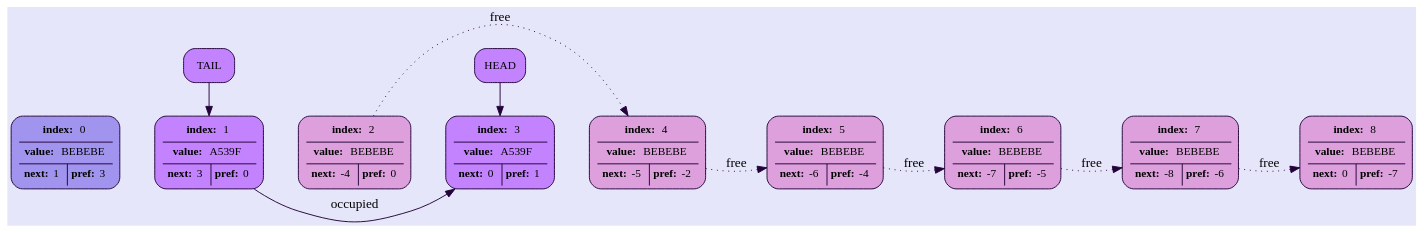
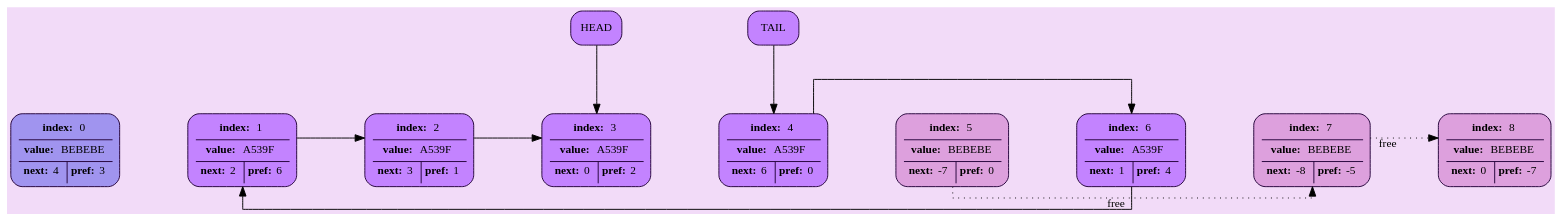
One commit to yahdranik/D-Linked_List changed the diagram in Doubly_Linked_List/list.dot. Above: the diagram before and after it, drawn with Graphviz. The commit also changed 9 other files, not shown here.

```diff
--- a/Doubly_Linked_List/list.dot
+++ b/Doubly_Linked_List/list.dot
@@ -1,122 +1,127 @@
 /* Auto generate code */
 
 digraph G {
 rankdir=LR;
-bgcolor="#E6E6FA";
+bgcolor="#f2dbf8";
+splines=ortho;
+forcelabels=true;
+nodesep=1.;
+ranksep=1.;
+forcelabels=true;
 node [fontsize=12, shape=box, style="filled, rounded", color="#23033a", fontname="Georgia"];
-edge[color="#23033a"];
+edge [labelfloat=false, labelangle=25, labeldistance=2.5];
 
 n0 [fillcolor="#a094ef", label=<<table border="0" cellborder="0" cellspacing="0" cellpadding="4">
 <tr>
   <td colspan="2" border="1" sides="b"><b>index:</b> 0</td>
 </tr>
 <tr>
   <td colspan="2" border="1" sides="b"><b>value:</b> BEBEBE</td>
 </tr>
-<tr>  <td border="1" sides="r"><b>next:</b> 1</td>
+<tr>  <td border="1" sides="r"><b>next:</b> 4</td>
   <td><b>pref:</b> 3</td>
 </tr>
 </table>>];
 n1 [fillcolor="#c383ff", label=<<table border="0" cellborder="0" cellspacing="0" cellpadding="4">
 <tr>
   <td colspan="2" border="1" sides="b"><b>index:</b> 1</td>
 </tr>
 <tr>
   <td colspan="2" border="1" sides="b"><b>value:</b> A539F</td>
 </tr>
-<tr>  <td border="1" sides="r"><b>next:</b> 3</td>
-  <td><b>pref:</b> 0</td>
+<tr>  <td border="1" sides="r"><b>next:</b> 2</td>
+  <td><b>pref:</b> 6</td>
 </tr>
 </table>>];
-n2 [fillcolor="#DDA0DD", label=<<table border="0" cellborder="0" cellspacing="0" cellpadding="4">
+n2 [fillcolor="#c383ff", label=<<table border="0" cellborder="0" cellspacing="0" cellpadding="4">
 <tr>
   <td colspan="2" border="1" sides="b"><b>index:</b> 2</td>
 </tr>
 <tr>
-  <td colspan="2" border="1" sides="b"><b>value:</b> BEBEBE</td>
+  <td colspan="2" border="1" sides="b"><b>value:</b> A539F</td>
 </tr>
-<tr>  <td border="1" sides="r"><b>next:</b> -4</td>
-  <td><b>pref:</b> 0</td>
+<tr>  <td border="1" sides="r"><b>next:</b> 3</td>
+  <td><b>pref:</b> 1</td>
 </tr>
 </table>>];
 n3 [fillcolor="#c383ff", label=<<table border="0" cellborder="0" cellspacing="0" cellpadding="4">
 <tr>
   <td colspan="2" border="1" sides="b"><b>index:</b> 3</td>
 </tr>
 <tr>
   <td colspan="2" border="1" sides="b"><b>value:</b> A539F</td>
 </tr>
 <tr>  <td border="1" sides="r"><b>next:</b> 0</td>
-  <td><b>pref:</b> 1</td>
+  <td><b>pref:</b> 2</td>
 </tr>
 </table>>];
-n4 [fillcolor="#DDA0DD", label=<<table border="0" cellborder="0" cellspacing="0" cellpadding="4">
+n4 [fillcolor="#c383ff", label=<<table border="0" cellborder="0" cellspacing="0" cellpadding="4">
 <tr>
   <td colspan="2" border="1" sides="b"><b>index:</b> 4</td>
 </tr>
 <tr>
-  <td colspan="2" border="1" sides="b"><b>value:</b> BEBEBE</td>
+  <td colspan="2" border="1" sides="b"><b>value:</b> A539F</td>
 </tr>
-<tr>  <td border="1" sides="r"><b>next:</b> -5</td>
-  <td><b>pref:</b> -2</td>
+<tr>  <td border="1" sides="r"><b>next:</b> 6</td>
+  <td><b>pref:</b> 0</td>
 </tr>
 </table>>];
 n5 [fillcolor="#DDA0DD", label=<<table border="0" cellborder="0" cellspacing="0" cellpadding="4">
 <tr>
   <td colspan="2" border="1" sides="b"><b>index:</b> 5</td>
 </tr>
 <tr>
   <td colspan="2" border="1" sides="b"><b>value:</b> BEBEBE</td>
 </tr>
-<tr>  <td border="1" sides="r"><b>next:</b> -6</td>
-  <td><b>pref:</b> -4</td>
+<tr>  <td border="1" sides="r"><b>next:</b> -7</td>
+  <td><b>pref:</b> 0</td>
 </tr>
 </table>>];
-n6 [fillcolor="#DDA0DD", label=<<table border="0" cellborder="0" cellspacing="0" cellpadding="4">
+n6 [fillcolor="#c383ff", label=<<table border="0" cellborder="0" cellspacing="0" cellpadding="4">
 <tr>
   <td colspan="2" border="1" sides="b"><b>index:</b> 6</td>
 </tr>
 <tr>
-  <td colspan="2" border="1" sides="b"><b>value:</b> BEBEBE</td>
+  <td colspan="2" border="1" sides="b"><b>value:</b> A539F</td>
 </tr>
-<tr>  <td border="1" sides="r"><b>next:</b> -7</td>
-  <td><b>pref:</b> -5</td>
+<tr>  <td border="1" sides="r"><b>next:</b> 1</td>
+  <td><b>pref:</b> 4</td>
 </tr>
 </table>>];
 n7 [fillcolor="#DDA0DD", label=<<table border="0" cellborder="0" cellspacing="0" cellpadding="4">
 <tr>
   <td colspan="2" border="1" sides="b"><b>index:</b> 7</td>
 </tr>
 <tr>
   <td colspan="2" border="1" sides="b"><b>value:</b> BEBEBE</td>
 </tr>
 <tr>  <td border="1" sides="r"><b>next:</b> -8</td>
-  <td><b>pref:</b> -6</td>
+  <td><b>pref:</b> -5</td>
 </tr>
 </table>>];
 n8 [fillcolor="#DDA0DD", label=<<table border="0" cellborder="0" cellspacing="0" cellpadding="4">
 <tr>
   <td colspan="2" border="1" sides="b"><b>index:</b> 8</td>
 </tr>
 <tr>
   <td colspan="2" border="1" sides="b"><b>value:</b> BEBEBE</td>
 </tr>
 <tr>  <td border="1" sides="r"><b>next:</b> 0</td>
   <td><b>pref:</b> -7</td>
 </tr>
 </table>>];
 
 n0 -> n1 -> n2 -> n3 -> n4 -> n5 -> n6 -> n7 -> n8 [style=invis, penwidth = 1];
-n2 -> n4 [label = "free", style = dotted, constraint=false];
-n4 -> n5 [label = "free", style = dotted, constraint=false];
-n5 -> n6 [label = "free", style = dotted, constraint=false];
-n6 -> n7 [label = "free", style = dotted, constraint=false];
-n7 -> n8 [label = "free", style = dotted, constraint=false];
-n1 -> n3 [label = "occupied", style = filled, constraint=false];
+n5 -> n7 [xlabel = "free", style = dotted, fontsize=12, constraint=false];
+n7 -> n8 [xlabel = "free", style = dotted, fontsize=12, constraint=false];
+n4 -> n6 [style = filled, fontsize=12, constraint=false];
+n6 -> n1 [style = filled, fontsize=12, constraint=false];
+n1 -> n2 [style = filled, fontsize=12, constraint=false];
+n2 -> n3 [style = filled, fontsize=12, constraint=false];
 n9 [label="HEAD", fillcolor="#c383ff"];
 n10 [label="TAIL", fillcolor="#c383ff"];
 { rank=same; n9; n3 }
-{ rank=same; n10; n1 }
+{ rank=same; n10; n4 }
 n9 -> n3 [style = filled, renwidth = 5.0]
-n10 -> n1 [style = filled, renwidth = 5.0]
+n10 -> n4 [style = filled, renwidth = 5.0]
 }
```
